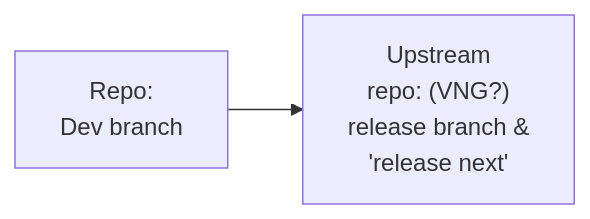
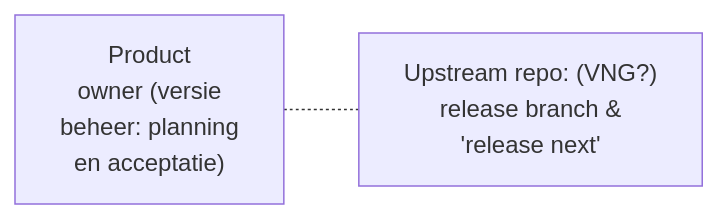
One commit to open-zaak/samenwerken changed the second of 8 diagrams in docs/verslag-ecosysteem-en-rollen.md. Above: the diagram before and after it, drawn with Mermaid. The commit also changed other lines of this file, not shown here.

````diff
--- a/docs/verslag-ecosysteem-en-rollen.md
+++ b/docs/verslag-ecosysteem-en-rollen.md
@@ -90,9 +89,9 @@
 ```mermaid
 graph LR
     %% Nodes
-    Dev1["Repo:<br/>Dev branch"]
-    Upstream["Upstream<br/>repo: (VNG?)<br/>release branch &<br/>'release next'"]
+    Upstream["Upstream repo: (VNG?)<br/>release branch &<br/>'release next'"]
+    PO["Product<br/>owner (versie<br/>beheer: planning<br/>en acceptatie)"]
 
     %% Connections
-    Dev1 --> Upstream
+    PO -.- Upstream
 ```
````
